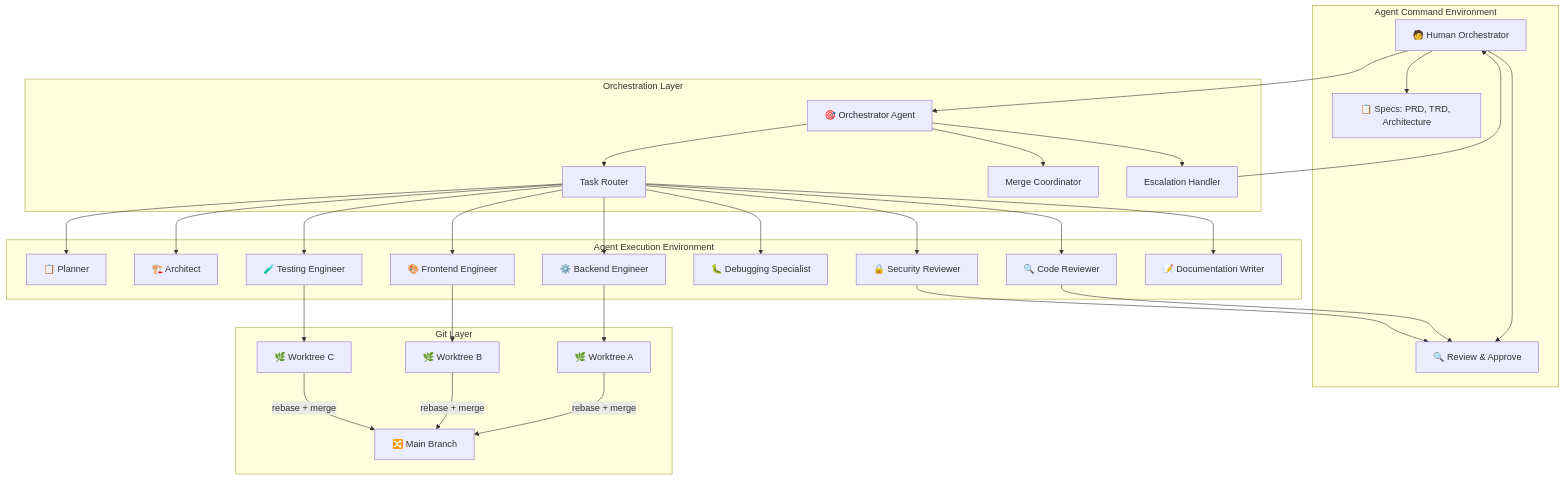
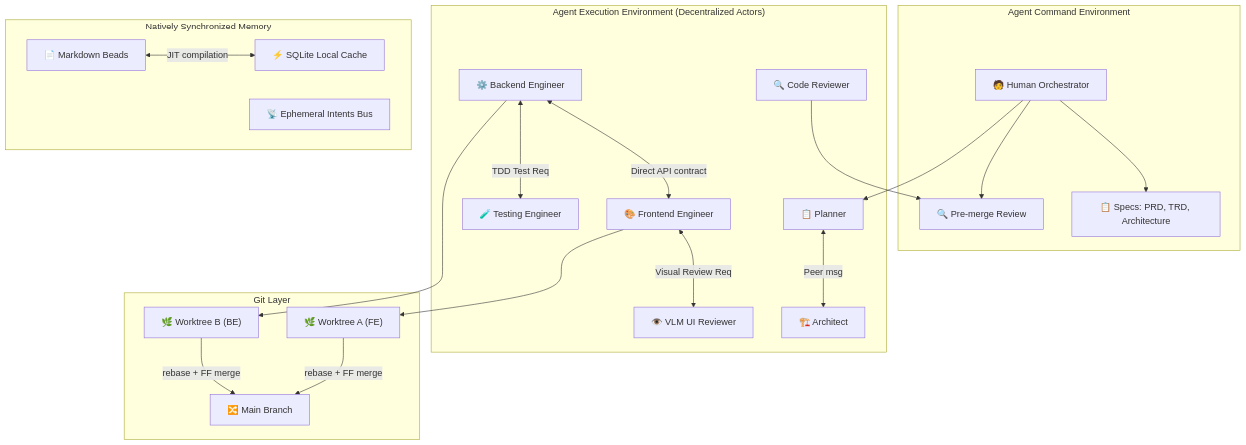
The first of 3 diagrams in Architecture.md (VINYASGM/antiskills), drawn with Mermaid before and after one commit. The commit also changed other lines of this file and 24 other files, not shown here.

First line of the commit message:
feat: complete Veyra OS architectural overhaul

````diff
--- a/Architecture.md
+++ b/Architecture.md
@@ -15,57 +15,34 @@
 ```mermaid
 graph TD
     subgraph ACE["Agent Command Environment"]
         H["🧑 Human Orchestrator"]
         H --> SPEC["📋 Specs: PRD, TRD, Architecture"]
-        H --> REVIEW["🔍 Review & Approve"]
+        H --> REVIEW["🔍 Pre-merge Review"]
     end
 
-    subgraph CORE["Orchestration Layer"]
-        O["🎯 Orchestrator Agent"]
-        O --> ROUTE["Task Router"]
-        O --> MERGE["Merge Coordinator"]
-        O --> ESC["Escalation Handler"]
+    subgraph AEE["Agent Execution Environment (Decentralized Actors)"]
+        P["📋 Planner"] <-->|Peer msg| A["🏗️ Architect"]
+        BE["⚙️ Backend Engineer"] <-->|Direct API contract| FE["🎨 Frontend Engineer"]
+        FE <-->|Visual Review Req| VLM["👁️ VLM UI Reviewer"]
+        BE <-->|TDD Test Req| TE["🧪 Testing Engineer"]
+        CR["🔍 Code Reviewer"] --> REVIEW
     end
 
-    subgraph AEE["Agent Execution Environment"]
-        P["📋 Planner"]
-        A["🏗️ Architect"]
-        BE["⚙️ Backend Engineer"]
-        FE["🎨 Frontend Engineer"]
-        CR["🔍 Code Reviewer"]
-        DS["🐛 Debugging Specialist"]
-        TE["🧪 Testing Engineer"]
-        SR["🔒 Security Reviewer"]
-        DW["📝 Documentation Writer"]
+    subgraph MEM["Natively Synchronized Memory"]
+        MD_B["📄 Markdown Beads"] <-->|JIT compilation| SQL_C["⚡ SQLite Local Cache"]
+        INT["📡 Ephemeral Intents Bus"]
     end
 
     subgraph GIT["Git Layer"]
-        WT_A["🌿 Worktree A"]
-        WT_B["🌿 Worktree B"]
-        WT_C["🌿 Worktree C"]
+        WT_A["🌿 Worktree A (FE)"]
+        WT_B["🌿 Worktree B (BE)"]
         MAIN["🔀 Main Branch"]
     end
 
-    H --> O
-    ROUTE --> P
-    ROUTE --> A
-    ROUTE --> BE
-    ROUTE --> FE
-    ROUTE --> CR
-    ROUTE --> DS
-    ROUTE --> TE
-    ROUTE --> SR
-    ROUTE --> DW
+    H --> P
+    BE --> WT_B
+    FE --> WT_A
 
-    BE --> WT_A
-    FE --> WT_B
-    TE --> WT_C
-
-    WT_A -->|"rebase + merge"| MAIN
-    WT_B -->|"rebase + merge"| MAIN
-    WT_C -->|"rebase + merge"| MAIN
-
-    CR --> REVIEW
-    SR --> REVIEW
-    ESC --> H
+    WT_A -->|"rebase + FF merge"| MAIN
+    WT_B -->|"rebase + FF merge"| MAIN
 ```
````
